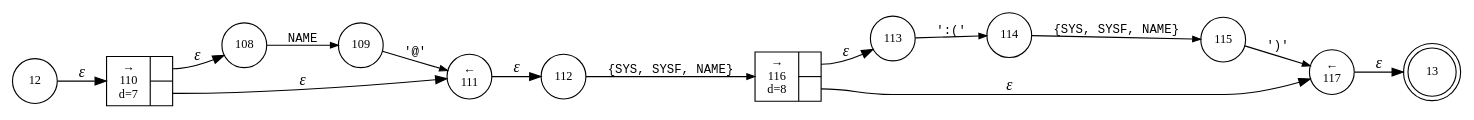
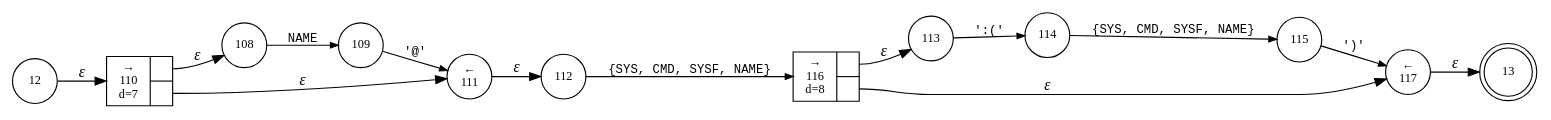
The diagram in internal/parser/Bund.call_term.dot (vulogov/Bund2), drawn with Graphviz before and after one commit. The commit also changed 24 other files, not shown here.

```diff
--- a/internal/parser/Bund.call_term.dot
+++ b/internal/parser/Bund.call_term.dot
@@ -1,28 +1,28 @@
 digraph ATN {
 rankdir=LR;
 s13[fontsize=11, label="13", shape=doublecircle, fixedsize=true, width=.6];
 s112[fontsize=11,label="112", shape=circle, fixedsize=true, width=.55, peripheries=1];
 s113[fontsize=11,label="113", shape=circle, fixedsize=true, width=.55, peripheries=1];
 s114[fontsize=11,label="114", shape=circle, fixedsize=true, width=.55, peripheries=1];
 s115[fontsize=11,label="115", shape=circle, fixedsize=true, width=.55, peripheries=1];
 s116[fontsize=11,label="{&rarr;\n116\nd=8|{<p0>|<p1>}}", shape=record, fixedsize=false, peripheries=1];
 s117[fontsize=11,label="&larr;\n117", shape=circle, fixedsize=true, width=.55, peripheries=1];
 s12[fontsize=11,label="12", shape=circle, fixedsize=true, width=.55, peripheries=1];
 s108[fontsize=11,label="108", shape=circle, fixedsize=true, width=.55, peripheries=1];
 s109[fontsize=11,label="109", shape=circle, fixedsize=true, width=.55, peripheries=1];
 s110[fontsize=11,label="{&rarr;\n110\nd=7|{<p0>|<p1>}}", shape=record, fixedsize=false, peripheries=1];
 s111[fontsize=11,label="&larr;\n111", shape=circle, fixedsize=true, width=.55, peripheries=1];
 s12 -> s110 [fontname="Times-Italic", label="&epsilon;"];
 s110:p0 -> s108 [fontname="Times-Italic", label="&epsilon;"];
 s110:p1 -> s111 [fontname="Times-Italic", label="&epsilon;"];
 s108 -> s109 [fontsize=11, fontname="Courier", arrowsize=.7, label = "NAME", arrowhead = normal];
 s111 -> s112 [fontname="Times-Italic", label="&epsilon;"];
 s109 -> s111 [fontsize=11, fontname="Courier", arrowsize=.7, label = "'@'", arrowhead = normal];
-s112 -> s116 [fontsize=11, fontname="Courier", arrowsize=.7, label = "{SYS, SYSF, NAME}", arrowhead = normal];
+s112 -> s116 [fontsize=11, fontname="Courier", arrowsize=.7, label = "{SYS, CMD, SYSF, NAME}", arrowhead = normal];
 s116:p0 -> s113 [fontname="Times-Italic", label="&epsilon;"];
 s116:p1 -> s117 [fontname="Times-Italic", label="&epsilon;"];
 s113 -> s114 [fontsize=11, fontname="Courier", arrowsize=.7, label = "':('", arrowhead = normal];
 s117 -> s13 [fontname="Times-Italic", label="&epsilon;"];
-s114 -> s115 [fontsize=11, fontname="Courier", arrowsize=.7, label = "{SYS, SYSF, NAME}", arrowhead = normal];
+s114 -> s115 [fontsize=11, fontname="Courier", arrowsize=.7, label = "{SYS, CMD, SYSF, NAME}", arrowhead = normal];
 s115 -> s117 [fontsize=11, fontname="Courier", arrowsize=.7, label = "')'", arrowhead = normal];
 }
```
